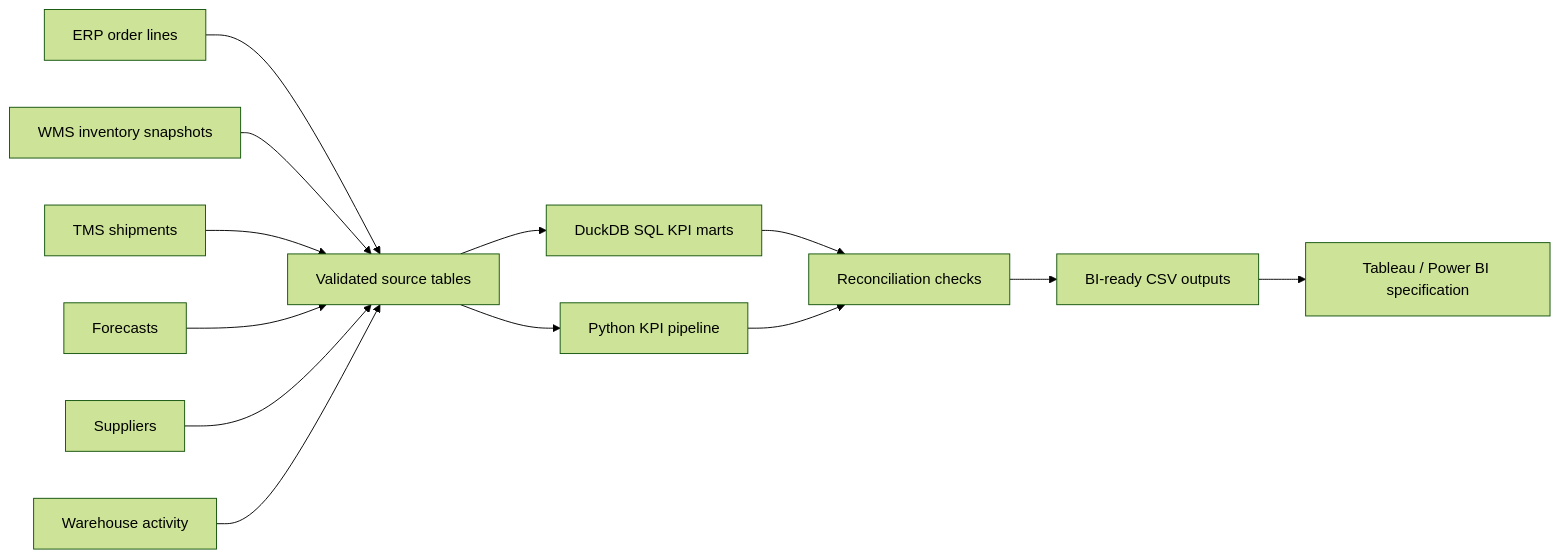
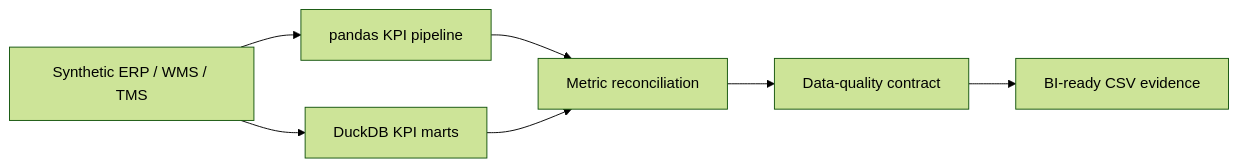
The diagram in README.md (net421/supply-chain-operations-control-tower), drawn with Mermaid (forest theme) before and after one commit. The commit also changed other lines of this file and 21 other files, not shown here.

Commit message:
Add executable SQL/Python control tower reconciliation (#4)

````diff
--- a/README.md
+++ b/README.md
@@ -20,15 +46,9 @@
 ```mermaid
 flowchart LR
-    ERP[ERP order lines] --> STG[Validated source tables]
-    WMS[WMS inventory snapshots] --> STG
-    TMS[TMS shipments] --> STG
-    FCST[Forecasts] --> STG
-    SUP[Suppliers] --> STG
-    WH[Warehouse activity] --> STG
-    STG --> SQL[DuckDB SQL KPI marts]
-    STG --> PY[Python KPI pipeline]
-    SQL --> REC[Reconciliation checks]
-    PY --> REC
-    REC --> OUT[BI-ready CSV outputs]
-    OUT --> BI[Tableau / Power BI specification]
+    SRC["Synthetic ERP / WMS / TMS"] --> PY["pandas KPI pipeline"]
+    SRC --> SQL["DuckDB KPI marts"]
+    PY --> REC["Metric reconciliation"]
+    SQL --> REC
+    REC --> VAL["Data-quality contract"]
+    VAL --> OUT["BI-ready CSV evidence"]
 ```
````
